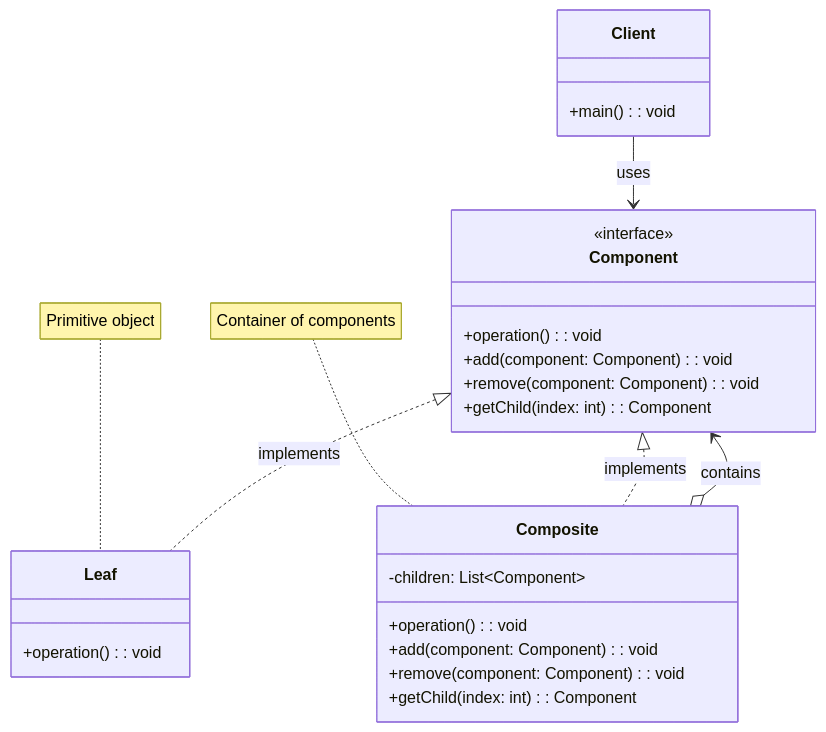
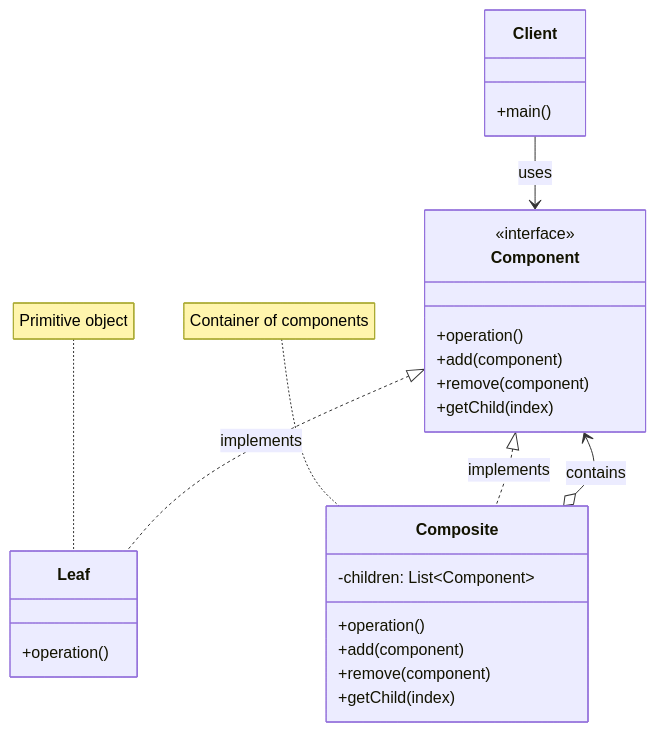
One commit to fanly/DesignPattern changed the first of 3 diagrams in resources/design-patterns/laravel/structural/composite_en.md. Above: the diagram before and after it, drawn with Mermaid. The commit also changed 103 other files, not shown here.

````diff
--- a/resources/design-patterns/laravel/structural/composite_en.md
+++ b/resources/design-patterns/laravel/structural/composite_en.md
@@ -11,34 +11,34 @@
 ```mermaid
 classDiagram
     class Component {
         <<interface>>
-        +operation(): void
-        +add(component: Component): void
-        +remove(component: Component): void
-        +getChild(index: int): Component
+        +operation()
+        +add(component)
+        +remove(component)
+        +getChild(index)
     }
     
     class Leaf {
-        +operation(): void
+        +operation()
     }
     
     class Composite {
         -children: List~Component~
-        +operation(): void
-        +add(component: Component): void
-        +remove(component: Component): void
-        +getChild(index: int): Component
+        +operation()
+        +add(component)
+        +remove(component)
+        +getChild(index)
     }
     
     class Client {
-        +main(): void
+        +main()
     }
     
     Component <|.. Leaf : implements
     Component <|.. Composite : implements
     Composite o--> Component : contains
     Client --> Component : uses
     
     note for Leaf "Primitive object"
     note for Composite "Container of components"
 ```
````
